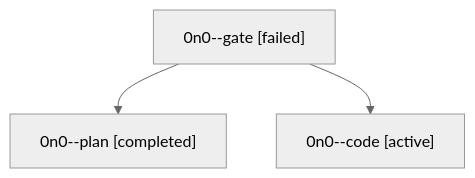
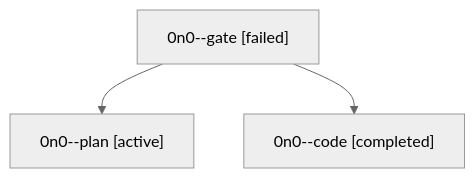
Before and after one commit to sase-org/sase--agents: the diagram in families/bbugyi200.athena.0n0.md, drawn with Mermaid (neutral theme). The commit also changed other lines of this file and 35830 other files, not shown here.

````diff
--- a/families/bbugyi200.athena.0n0.md
+++ b/families/bbugyi200.athena.0n0.md
@@ -9,8 +9,8 @@
 ```mermaid
 flowchart TD
   n0["0n0--gate [failed]"]
-  n1["0n0--plan [completed]"]
+  n1["0n0--plan [active]"]
   n0 --> n1
-  n2["0n0--code [active]"]
+  n2["0n0--code [completed]"]
   n0 --> n2
 ```
````
